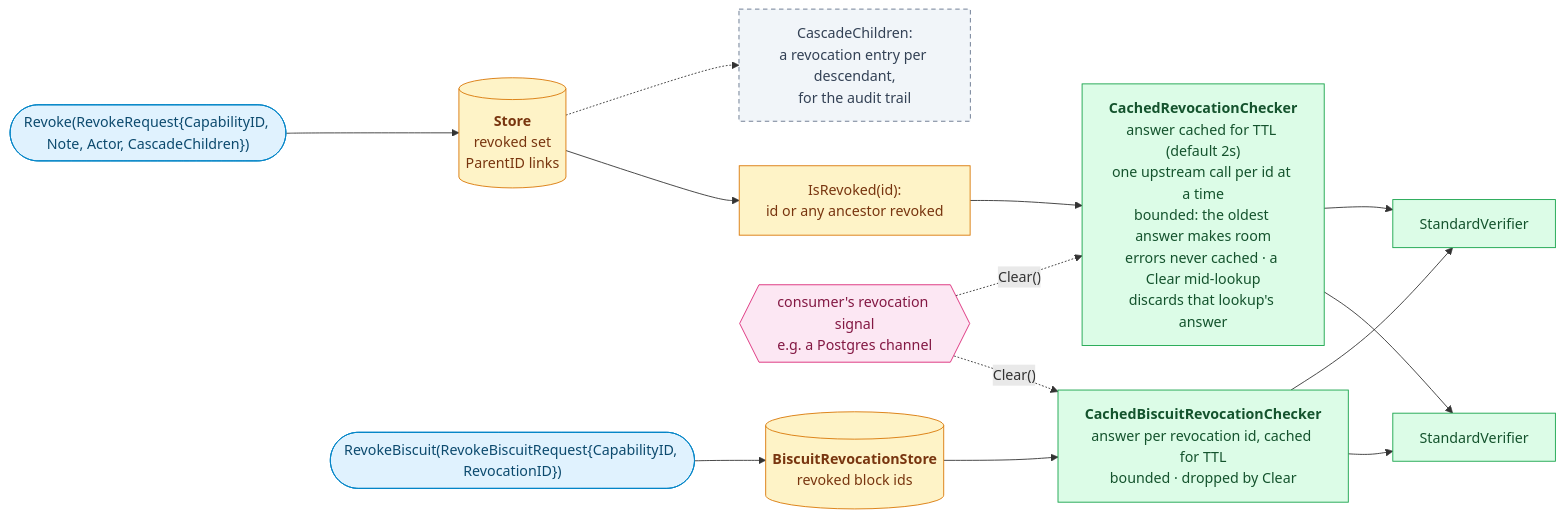
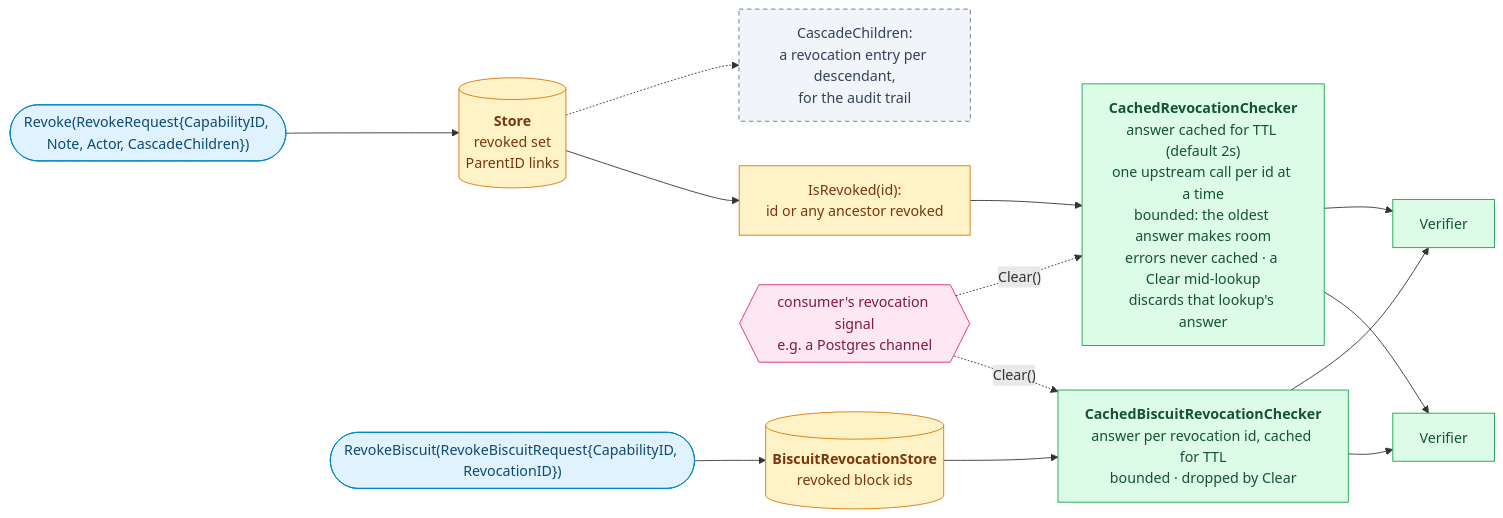
One commit to oleg-tkachuk/limes changed diagram 11 of 11 in docs/diagrams.md. Above: the diagram before and after it, drawn with Mermaid. The commit also changed other lines of this file and 44 other files, not shown here.

````diff
--- a/docs/diagrams.md
+++ b/docs/diagrams.md
@@ -699,36 +699,36 @@
 ```mermaid
 flowchart LR
     op(["Revoke(RevokeRequest{CapabilityID, Note, Actor, CascadeChildren})"])
     store[("<b>Store</b><br/>revoked set<br/>ParentID links")]
     cascade["CascadeChildren:<br/>a revocation entry per descendant,<br/>for the audit trail"]
     chain["IsRevoked(id):<br/>id or any ancestor revoked"]
     cache["<b>CachedRevocationChecker</b><br/>answer cached for TTL (default 2s)<br/>one upstream call per id at a time<br/>bounded: the oldest answer makes room<br/>errors never cached · a Clear mid-lookup<br/>discards that lookup's answer"]
     notify{{"consumer's revocation signal<br/>e.g. a Postgres channel"}}
     bop(["RevokeBiscuit(RevokeBiscuitRequest{CapabilityID, RevocationID})"])
     blist[("<b>BiscuitRevocationStore</b><br/>revoked block ids")]
     bcache["<b>CachedBiscuitRevocationChecker</b><br/>answer per revocation id, cached for TTL<br/>bounded · dropped by Clear"]
-    v1["StandardVerifier"]
-    v2["StandardVerifier"]
+    v1["Verifier"]
+    v2["Verifier"]
 
     op --> store
     store -.-> cascade
     store --> chain --> cache
     cache --> v1
     cache --> v2
     notify -. "Clear()" .-> cache
     bop --> blist --> bcache
     bcache --> v1
     bcache --> v2
     notify -. "Clear()" .-> bcache
 
     classDef client fill:#E0F2FE,stroke:#0284C7,color:#0C4A6E
     classDef role fill:#DCFCE7,stroke:#16A34A,color:#14532D
     classDef optional fill:#F1F5F9,stroke:#64748B,color:#334155,stroke-dasharray:5 4
     classDef store fill:#FEF3C7,stroke:#D97706,color:#78350F
     classDef external fill:#FCE7F3,stroke:#DB2777,color:#831843
     class op,bop client
     class v1,v2,cache,bcache role
     class cascade optional
     class store,chain,blist store
     class notify external
 ```
````
